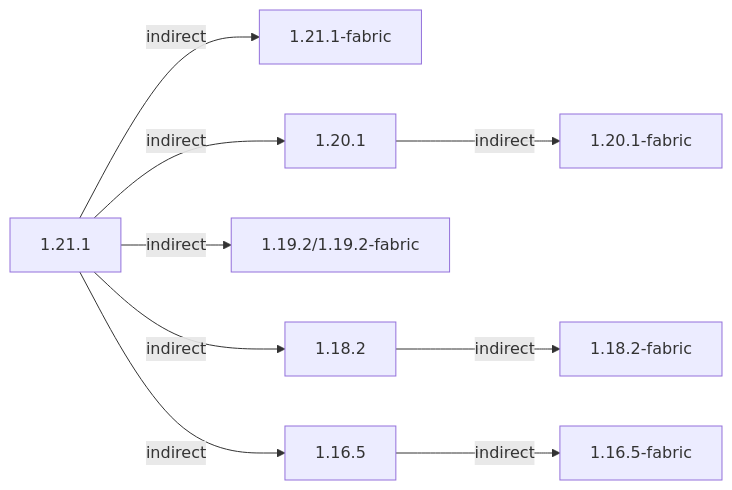
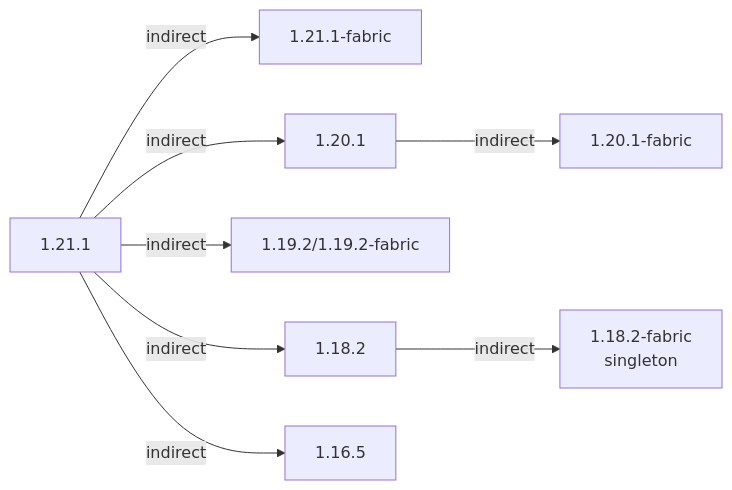
Before and after one commit to CFPAOrg/Minecraft-Mod-Language-Package: the diagram in projects/1.21/assets/macaws-trapdoors/mcwtrpdoors/README.md, drawn with Mermaid. The commit also changed other lines of this file and 49 other files, not shown here.

````diff
--- a/projects/1.21/assets/macaws-trapdoors/mcwtrpdoors/README.md
+++ b/projects/1.21/assets/macaws-trapdoors/mcwtrpdoors/README.md
@@ -3,9 +3,8 @@
 ```mermaid
 flowchart LR
     1.21.1 -->|indirect| 1.21.1-fabric
     1.20.1 -->|indirect| 1.20.1-fabric
     1.19.2/1.19.2-fabric
-    1.18.2 -->|indirect| 1.18.2-fabric
-    1.16.5 -->|indirect| 1.16.5-fabric
+    1.18.2 -->|indirect| 1.18.2-fabric[1.18.2-fabric<br/>singleton]
     1.21.1 -->|indirect| 1.20.1 & 1.19.2/1.19.2-fabric & 1.18.2 & 1.16.5
 ```
````
